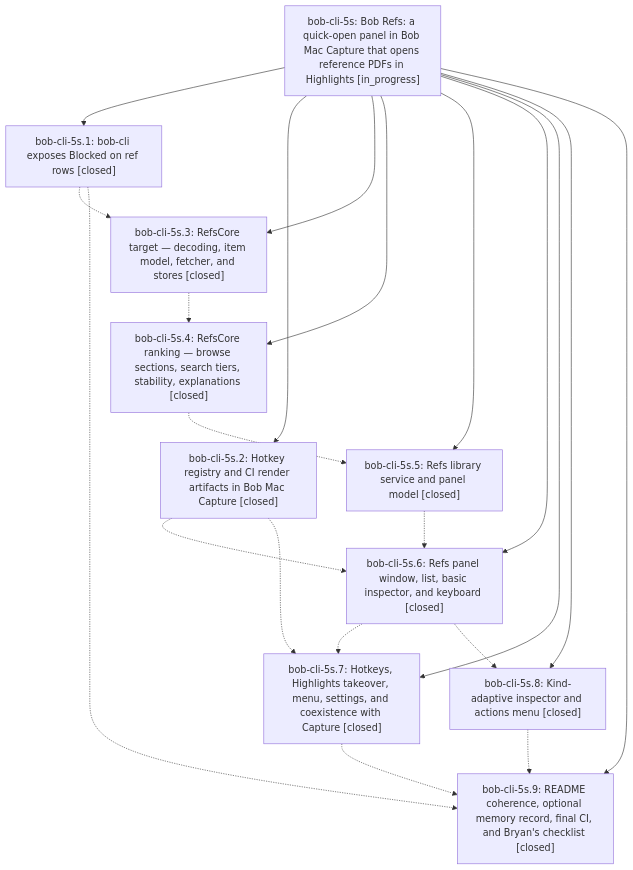
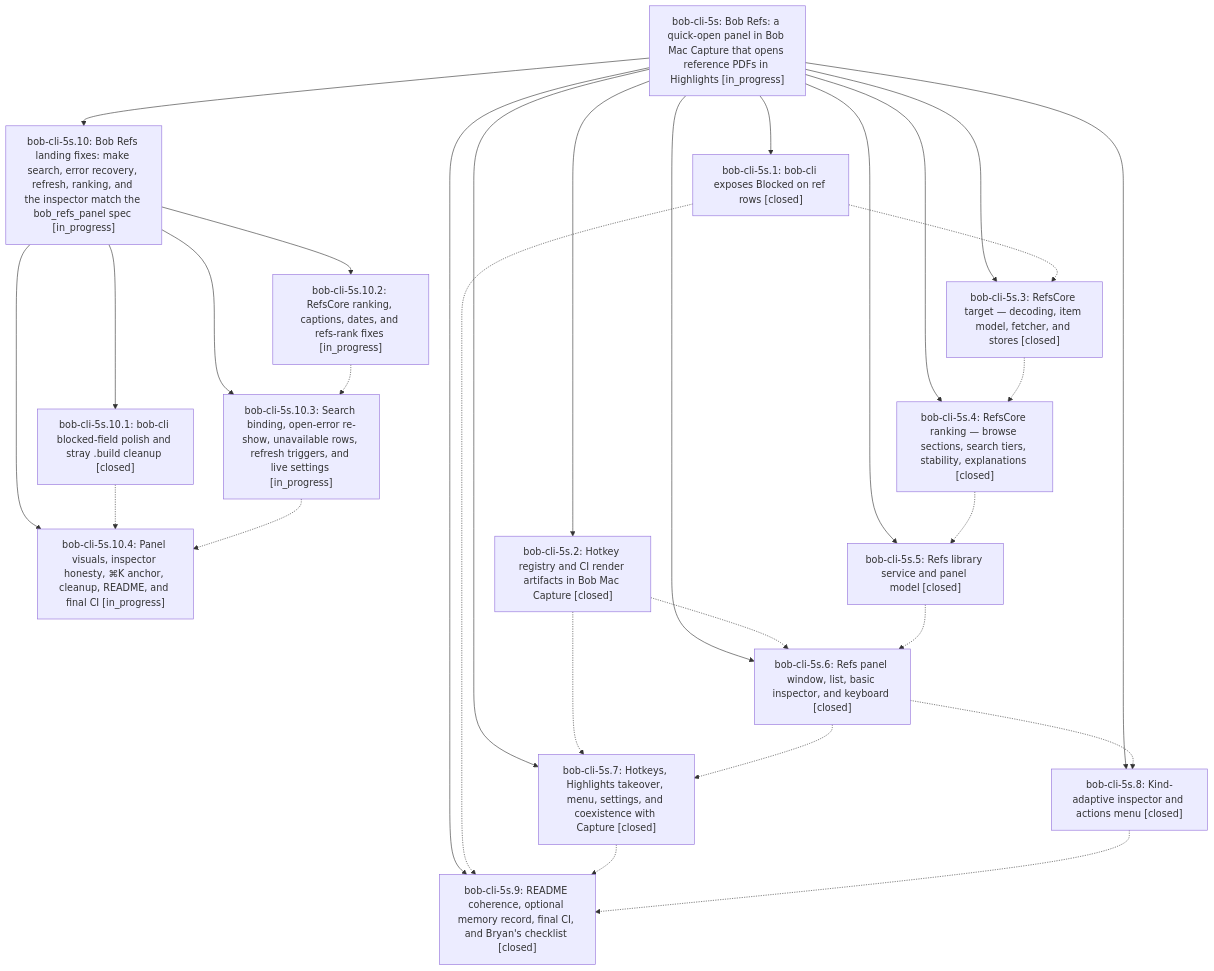
The diagram in pages/bob-cli-5s/README.md (bobs-org/bob-cli--beads), drawn with Mermaid before and after one commit. The commit also changed other lines of this file and 6 other files, not shown here.

First line of the commit message:
chore(beads): sync bead state and pages for bob-cli-5s

````diff
--- a/pages/bob-cli-5s/README.md
+++ b/pages/bob-cli-5s/README.md
@@ -44,33 +50,46 @@
 ```mermaid
 flowchart TD
     n0["bob-cli-5s: Bob Refs: a quick-open panel in Bob Mac Capture that opens reference PDFs in Highlights [in_progress]"]
     n1["bob-cli-5s.1: bob-cli exposes Blocked on ref rows [closed]"]
-    n2["bob-cli-5s.2: Hotkey registry and CI render artifacts in Bob Mac Capture [closed]"]
-    n3["bob-cli-5s.3: RefsCore target — decoding, item model, fetcher, and stores [closed]"]
-    n4["bob-cli-5s.4: RefsCore ranking — browse sections, search tiers, stability, explanations [closed]"]
-    n5["bob-cli-5s.5: Refs library service and panel model [closed]"]
-    n6["bob-cli-5s.6: Refs panel window, list, basic inspector, and keyboard [closed]"]
-    n7["bob-cli-5s.7: Hotkeys, Highlights takeover, menu, settings, and coexistence with Capture [closed]"]
-    n8["bob-cli-5s.8: Kind-adaptive inspector and actions menu [closed]"]
-    n9["bob-cli-5s.9: README coherence, optional memory record, final CI, and Bryan's checklist [closed]"]
+    n2["bob-cli-5s.10: Bob Refs landing fixes: make search, error recovery, refresh, ranking, and the inspector match the bob_refs_panel spec [in_progress]"]
+    n3["bob-cli-5s.10.1: bob-cli blocked-field polish and stray .build cleanup [closed]"]
+    n4["bob-cli-5s.10.2: RefsCore ranking, captions, dates, and refs-rank fixes [in_progress]"]
+    n5["bob-cli-5s.10.3: Search binding, open-error re-show, unavailable rows, refresh triggers, and live settings [in_progress]"]
+    n6["bob-cli-5s.10.4: Panel visuals, inspector honesty, ⌘K anchor, cleanup, README, and final CI [in_progress]"]
+    n7["bob-cli-5s.2: Hotkey registry and CI render artifacts in Bob Mac Capture [closed]"]
+    n8["bob-cli-5s.3: RefsCore target — decoding, item model, fetcher, and stores [closed]"]
+    n9["bob-cli-5s.4: RefsCore ranking — browse sections, search tiers, stability, explanations [closed]"]
+    n10["bob-cli-5s.5: Refs library service and panel model [closed]"]
+    n11["bob-cli-5s.6: Refs panel window, list, basic inspector, and keyboard [closed]"]
+    n12["bob-cli-5s.7: Hotkeys, Highlights takeover, menu, settings, and coexistence with Capture [closed]"]
+    n13["bob-cli-5s.8: Kind-adaptive inspector and actions menu [closed]"]
+    n14["bob-cli-5s.9: README coherence, optional memory record, final CI, and Bryan's checklist [closed]"]
     n0 --> n1
     n0 --> n2
-    n0 --> n3
-    n0 --> n4
-    n0 --> n5
-    n0 --> n6
+    n2 --> n3
+    n2 --> n4
+    n2 --> n5
+    n2 --> n6
     n0 --> n7
     n0 --> n8
     n0 --> n9
-    n1 -.-> n3
-    n1 -.-> n9
-    n2 -.-> n6
-    n2 -.-> n7
-    n3 -.-> n4
+    n0 --> n10
+    n0 --> n11
+    n0 --> n12
+    n0 --> n13
+    n0 --> n14
+    n1 -.-> n8
+    n1 -.-> n14
+    n3 -.-> n6
     n4 -.-> n5
     n5 -.-> n6
-    n6 -.-> n7
-    n6 -.-> n8
-    n7 -.-> n9
+    n7 -.-> n11
+    n7 -.-> n12
     n8 -.-> n9
+    n9 -.-> n10
+    n10 -.-> n11
+    n11 -.-> n12
+    n11 -.-> n13
+    n12 -.-> n14
+    n13 -.-> n14
 ```
````
